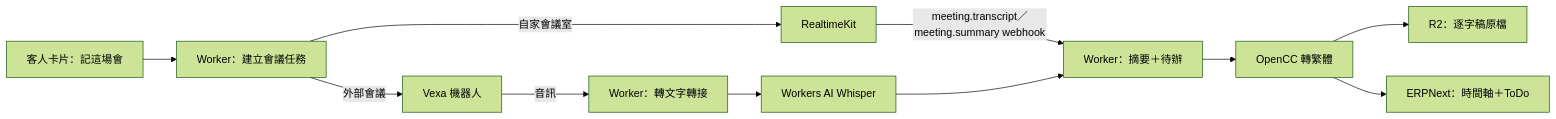
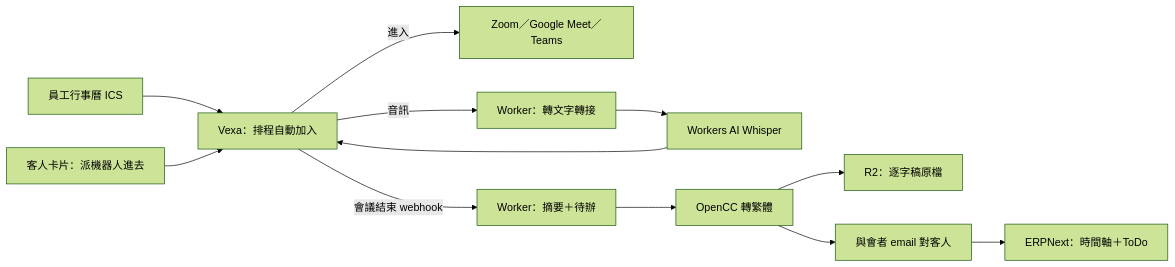
The second of 3 diagrams in docs/PLATFORM-INTEGRATION.md (dropout-tech/EveryThingOS), drawn with Mermaid (forest theme) before and after one commit. The commit also changed other lines of this file and 1 other file, not shown here.

Commit message:
Make the meeting bot join Zoom and Meet on its own from the calendar.

````diff
--- a/docs/PLATFORM-INTEGRATION.md
+++ b/docs/PLATFORM-INTEGRATION.md
@@ -119,13 +134,14 @@
 ```mermaid
 flowchart LR
-  Card[客人卡片：記這場會] --> W[Worker：建立會議任務]
-  W -->|外部會議| V[Vexa 機器人]
-  W -->|自家會議室| RK[RealtimeKit]
+  Cal[員工行事曆 ICS] --> V[Vexa：排程自動加入]
+  Card[客人卡片：派機器人進去] --> V
+  V -->|進入| Z[Zoom／Google Meet／Teams]
   V -->|音訊| STT[Worker：轉文字轉接]
   STT --> WAI[Workers AI Whisper]
-  RK -->|meeting.transcript／meeting.summary webhook| Sum
-  WAI --> Sum[Worker：摘要＋待辦]
+  WAI --> V
+  V -->|會議結束 webhook| Sum[Worker：摘要＋待辦]
   Sum --> CC[OpenCC 轉繁體]
   CC --> R2[R2：逐字稿原檔]
-  CC --> EN[ERPNext：時間軸＋ToDo]
+  CC --> Match[與會者 email 對客人]
+  Match --> EN[ERPNext：時間軸＋ToDo]
 ```
````
